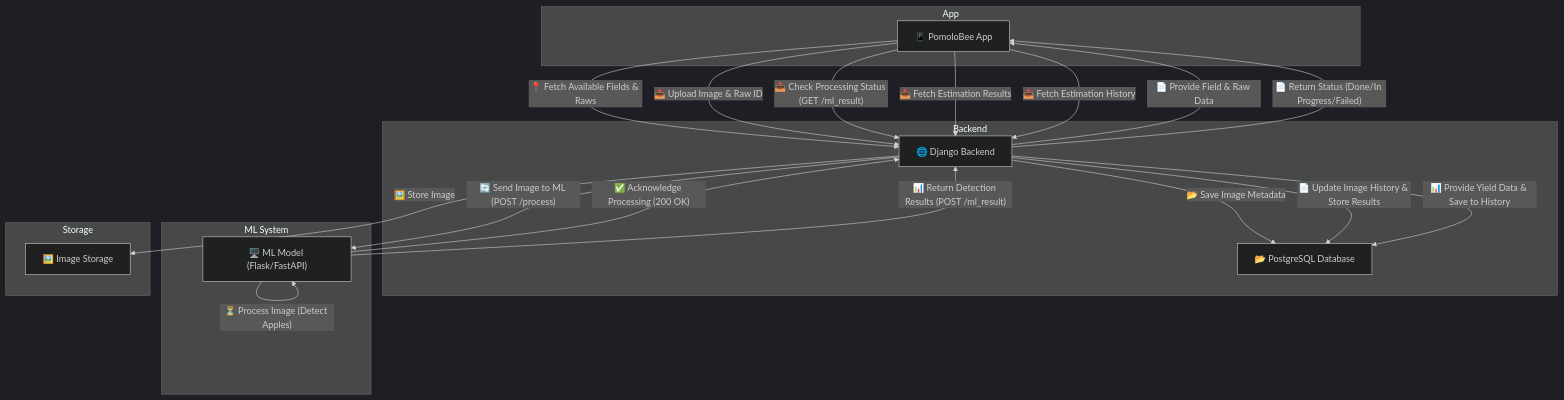
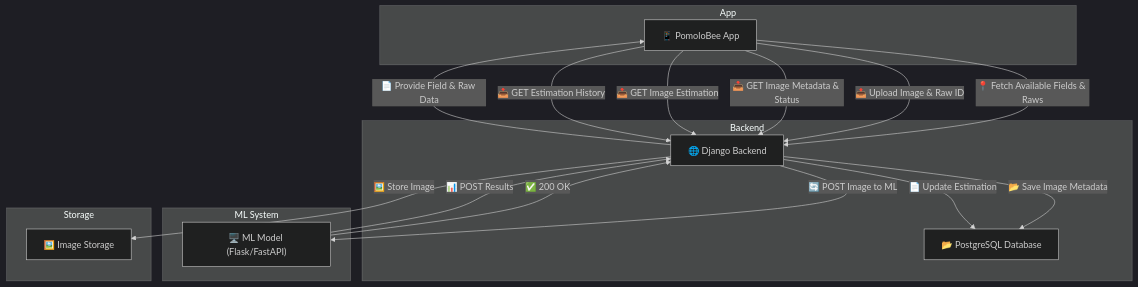
Before and after one commit to nathabee/PomoloBee: the diagram in documentation/Workflow.md, drawn with Mermaid (dark theme). The commit also changed other lines of this file and 40 other files, not shown here.

````diff
--- a/documentation/Workflow.md
+++ b/documentation/Workflow.md
@@ -32,41 +39,35 @@
 ```mermaid
 graph TD 
   subgraph App
     MobileApp["📱 PomoloBee App"]
   end
 
   subgraph Backend
     DjangoServer["🌐 Django Backend"]
     Database["📂 PostgreSQL Database"]
   end
 
   subgraph ML System
     MLService["🖥️ ML Model (Flask/FastAPI)"]
   end
 
   subgraph Storage
     FileSystem["🖼️ Image Storage"]
   end
  
   MobileApp -- "📍 Fetch Available Fields & Raws" --> DjangoServer
   DjangoServer -- "📄 Provide Field & Raw Data" --> MobileApp
  
   MobileApp -- "📤 Upload Image & Raw ID" --> DjangoServer
   DjangoServer -- "📂 Save Image Metadata" --> Database
   DjangoServer -- "🖼️ Store Image" --> FileSystem
  
-  DjangoServer -- "🔄 Send Image to ML (POST /process)" --> MLService
-  MLService -- "✅ Acknowledge Processing (200 OK)" --> DjangoServer
-  MLService -- "⏳ Process Image (Detect Apples)" --> MLService
- 
-  MLService -- "📊 Return Detection Results (POST /ml_result)" --> DjangoServer
-  DjangoServer -- "📄 Update Image History & Store Results" --> Database
- 
-  MobileApp -- "📥 Check Processing Status (GET /ml_result)" --> DjangoServer
-  DjangoServer -- "📄 Return Status (Done/In Progress/Failed)" --> MobileApp
- 
-  MobileApp -- "📥 Fetch Estimation Results" --> DjangoServer
-  DjangoServer -- "📊 Provide Yield Data & Save to History" --> Database
-  MobileApp -- "📥 Fetch Estimation History" --> DjangoServer
+  DjangoServer -- "🔄 POST Image to ML" --> MLService
+  MLService -- "✅ 200 OK" --> DjangoServer
+  MLService -- "📊 POST Results" --> DjangoServer
+  DjangoServer -- "📄 Update Estimation" --> Database
 
+  MobileApp -- "📥 GET Image Metadata & Status" --> DjangoServer
+  MobileApp -- "📥 GET Image Estimation" --> DjangoServer
+  MobileApp -- "📥 GET Estimation History" --> DjangoServer
 ```
````
